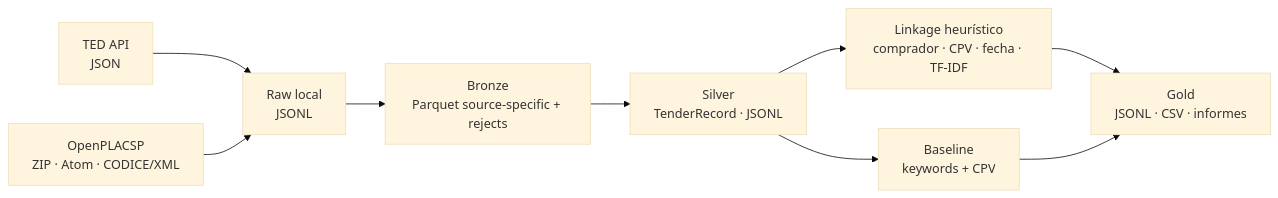
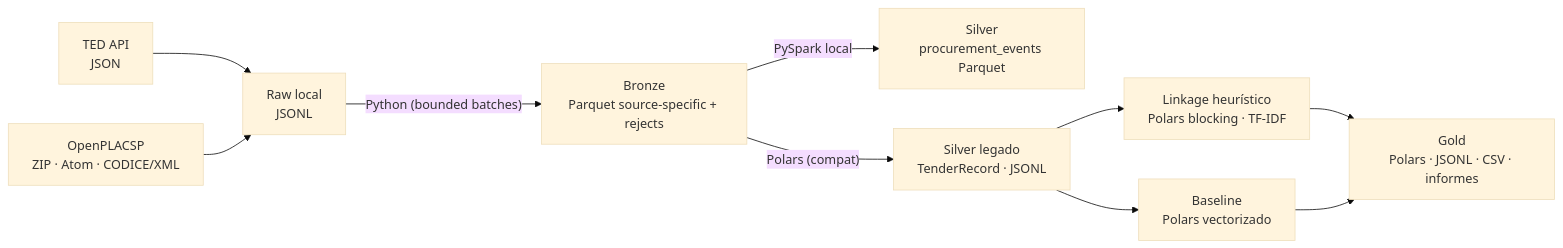
The first of 2 diagrams in docs/architecture.md (tomcrojo/tfm-licitaciones), drawn with Mermaid (base theme) before and after one commit. The commit also changed other lines of this file and 19 other files, not shown here.

First line of the commit message:
feat: assign real engines per stage (Polars tabular, PySpark canonical Silver)

````diff
--- a/docs/architecture.md
+++ b/docs/architecture.md
@@ -24,11 +25,12 @@
 ```mermaid
 flowchart LR
     TED["TED API<br/>JSON"] --> RAW["Raw local<br/>JSONL"]
     PLACSP["OpenPLACSP<br/>ZIP · Atom · CODICE/XML"] --> RAW
-    RAW --> BRONZE["Bronze<br/>Parquet source-specific + rejects"]
-    BRONZE --> SILVER["Silver<br/>TenderRecord · JSONL"]
-    SILVER --> LINK["Linkage heurístico<br/>comprador · CPV · fecha · TF-IDF"]
-    SILVER --> CLASS["Baseline<br/>keywords + CPV"]
-    LINK --> GOLD["Gold<br/>JSONL · CSV · informes"]
+    RAW -->|"Python (bounded batches)"| BRONZE["Bronze<br/>Parquet source-specific + rejects"]
+    BRONZE -->|"PySpark local"| SILVER["Silver<br/>procurement_events Parquet"]
+    BRONZE -->|"Polars (compat)"| TENDERS["Silver legado<br/>TenderRecord · JSONL"]
+    TENDERS --> LINK["Linkage heurístico<br/>Polars blocking · TF-IDF"]
+    TENDERS --> CLASS["Baseline<br/>Polars vectorizado"]
+    LINK --> GOLD["Gold<br/>Polars · JSONL · CSV · informes"]
     CLASS --> GOLD
 ```
````
